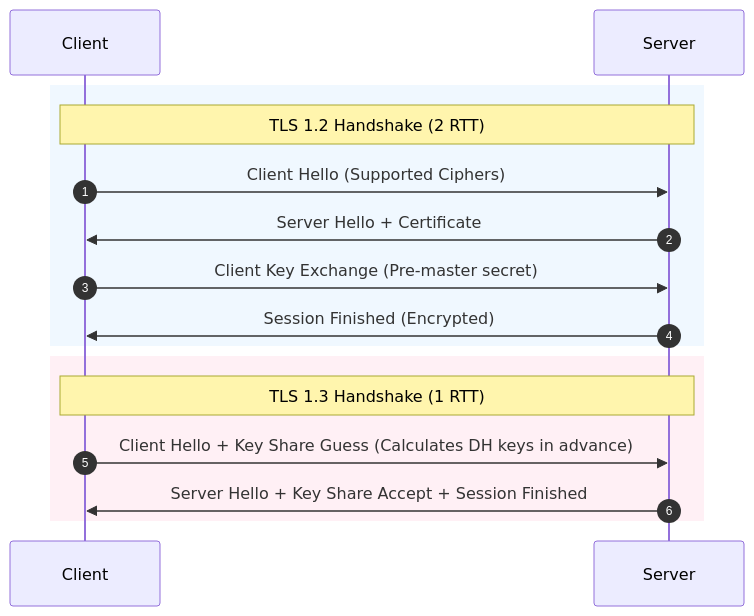
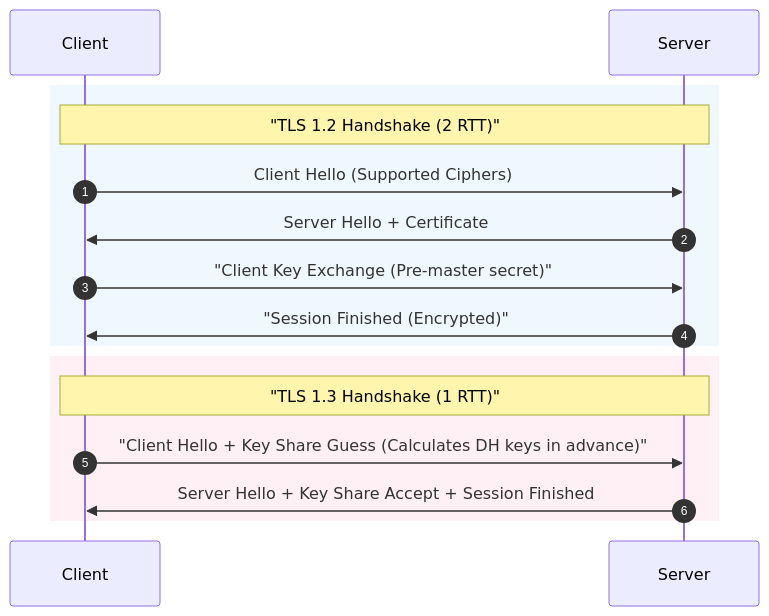
Diagram 12 of 41 in content/networking.md (awoladhossain/awolad-docs), drawn with Mermaid before and after one commit. The commit also changed other lines of this file, not shown here.

Commit message:
fix: sanitize all sequence diagrams in networking.md by escaping special characters and declaring participants to avoid browser rendering errors

````diff
--- a/content/networking.md
+++ b/content/networking.md
@@ -482,16 +482,16 @@
 ```mermaid
 sequenceDiagram
     autonumber
     rect rgb(240, 248, 255)
-        Note over Client, Server: TLS 1.2 Handshake (2 RTT)
+        Note over Client, Server: "TLS 1.2 Handshake (2 RTT)"
         Client->>Server: Client Hello (Supported Ciphers)
         Server->>Client: Server Hello + Certificate
-        Client->>Server: Client Key Exchange (Pre-master secret)
-        Server->>Client: Session Finished (Encrypted)
+        Client->>Server: "Client Key Exchange (Pre-master secret)"
+        Server->>Client: "Session Finished (Encrypted)"
     end
     rect rgb(255, 240, 245)
-        Note over Client, Server: TLS 1.3 Handshake (1 RTT)
-        Client->>Server: Client Hello + Key Share Guess (Calculates DH keys in advance)
+        Note over Client, Server: "TLS 1.3 Handshake (1 RTT)"
+        Client->>Server: "Client Hello + Key Share Guess (Calculates DH keys in advance)"
         Server->>Client: Server Hello + Key Share Accept + Session Finished
     end
 ```
````
